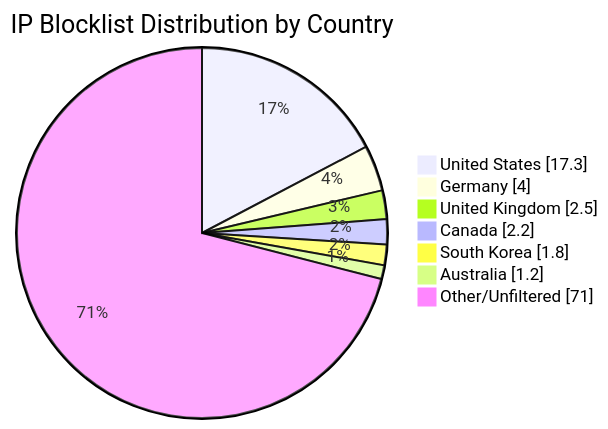
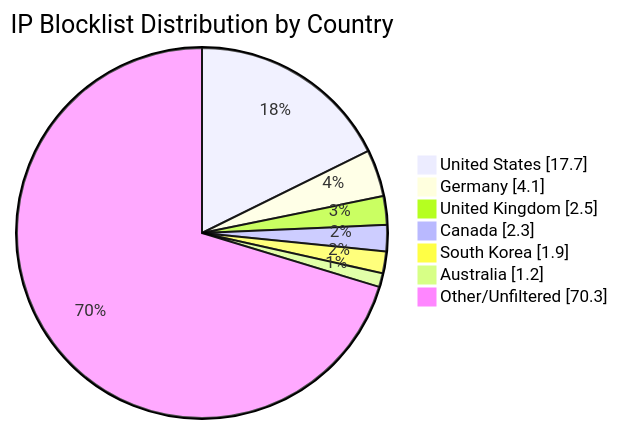
The diagram in README.md (MarcusHoltz/ipblocklist-geofiltered-aggregator), drawn with Mermaid before and after one commit. The commit also changed other lines of this file and 9 other files, not shown here.

````diff
--- a/README.md
+++ b/README.md
@@ -34,10 +34,10 @@
 ```mermaid
 pie showData title IP Blocklist Distribution by Country
-"United States" : 17.3
-"Germany" : 4.0
+"United States" : 17.7
+"Germany" : 4.1
 "United Kingdom" : 2.5
-"Canada" : 2.2
-"South Korea" : 1.8
+"Canada" : 2.3
+"South Korea" : 1.9
 "Australia" : 1.2
-"Other/Unfiltered" : 71.0
+"Other/Unfiltered" : 70.3
 ```
````
